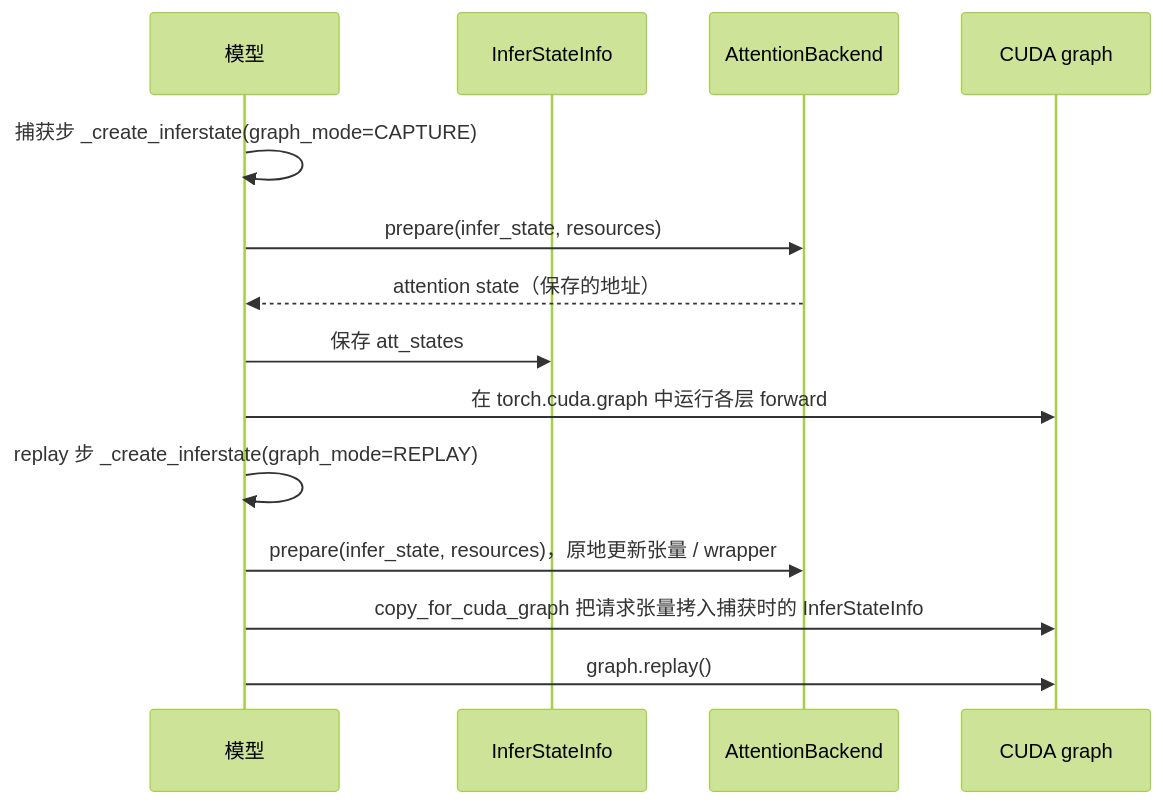
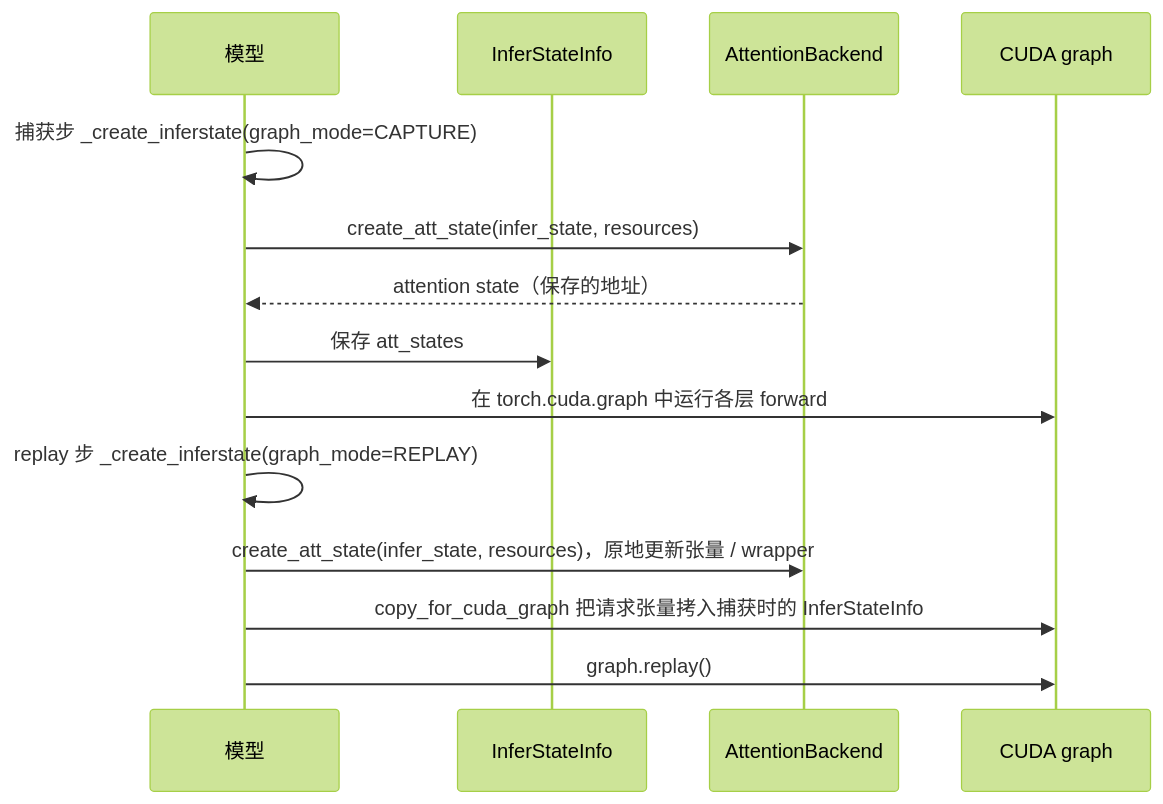
Before and after one commit to ModelTC/LightLLM: the second of 2 diagrams in docs/CN/source/framework/attention_backend_design.md, drawn with Mermaid (forest theme). The commit also changed other lines of this file and 40 other files, not shown here.

````diff
--- a/docs/CN/source/framework/attention_backend_design.md
+++ b/docs/CN/source/framework/attention_backend_design.md
@@ -198,16 +197,16 @@
 ```mermaid
 sequenceDiagram
     participant M as 模型
     participant A as InferStateInfo
     participant B as AttentionBackend
     participant G as CUDA graph
     M->>M: 捕获步 _create_inferstate(graph_mode=CAPTURE)
-    M->>B: prepare(infer_state, resources)
+    M->>B: create_att_state(infer_state, resources)
     B-->>M: attention state（保存的地址）
     M->>A: 保存 att_states
     M->>G: 在 torch.cuda.graph 中运行各层 forward
     M->>M: replay 步 _create_inferstate(graph_mode=REPLAY)
-    M->>B: prepare(infer_state, resources)，原地更新张量 / wrapper
+    M->>B: create_att_state(infer_state, resources)，原地更新张量 / wrapper
     M->>G: copy_for_cuda_graph 把请求张量拷入捕获时的 InferStateInfo
     M->>G: graph.replay()
 ```
````
